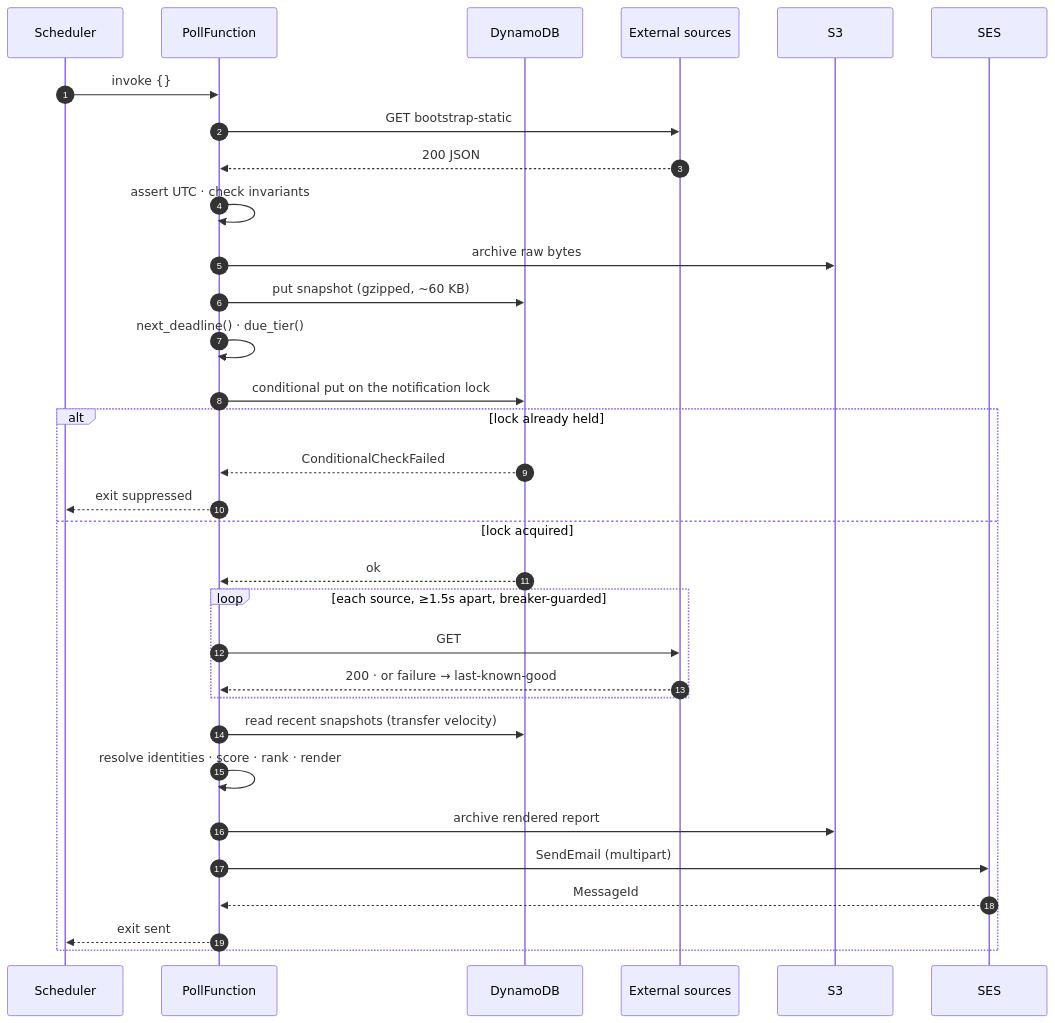
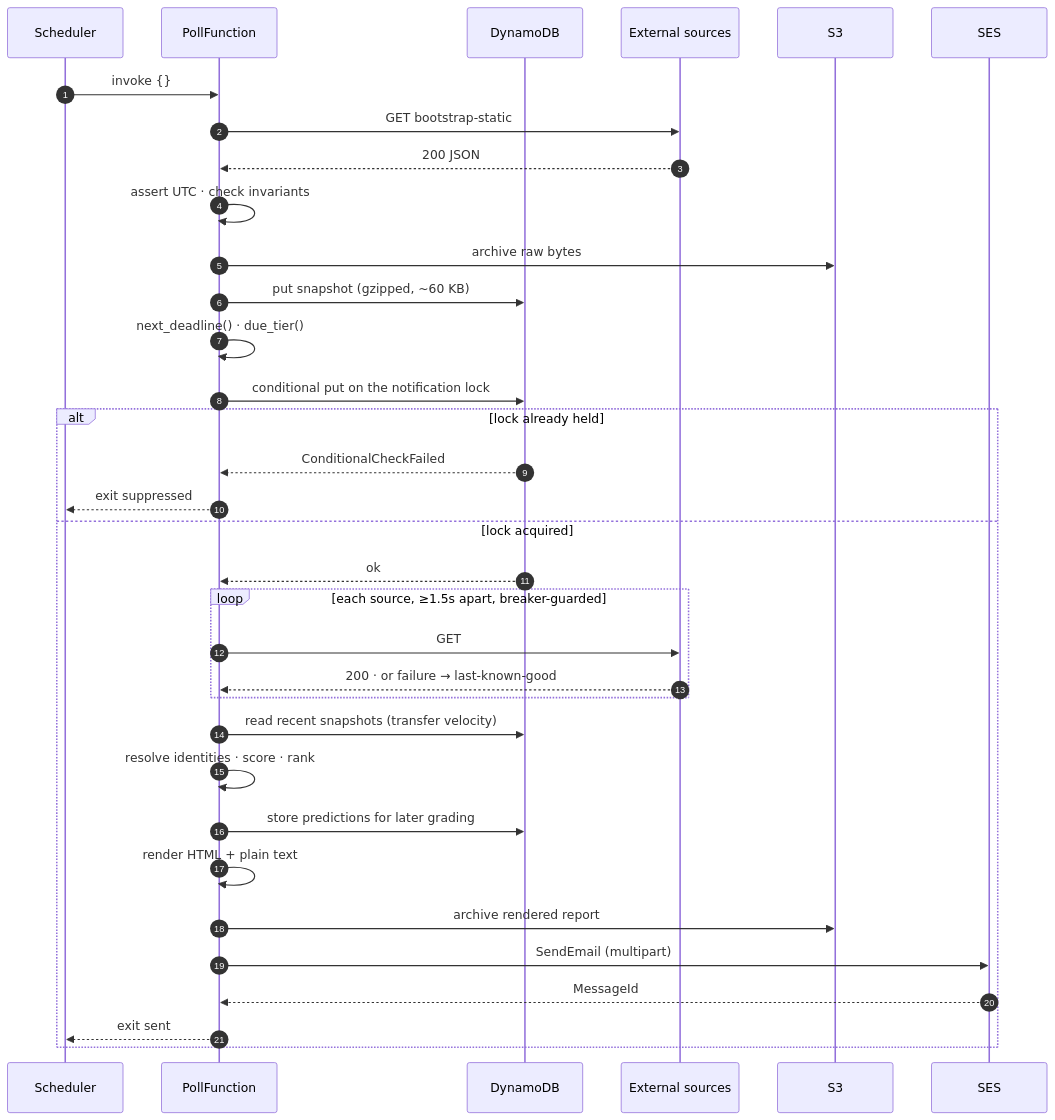
Before and after one commit to MasonGallagher/FplBot: the eighth of 12 diagrams in docs/DIAGRAMS.md, drawn with Mermaid. The commit also changed other lines of this file and 1 other file, not shown here.

First line of the commit message:
docs: fix diagram labels overflowing their shapes, and cover calibration

````diff
--- a/docs/DIAGRAMS.md
+++ b/docs/DIAGRAMS.md
@@ -293,36 +304,38 @@
 ```mermaid
 sequenceDiagram
     autonumber
     participant SCH as Scheduler
     participant L as PollFunction
     participant D as DynamoDB
     participant EXT as External sources
     participant S3 as S3
     participant SES as SES
 
     SCH->>L: invoke {}
     L->>EXT: GET bootstrap-static
     EXT-->>L: 200 JSON
     L->>L: assert UTC · check invariants
     L->>S3: archive raw bytes
     L->>D: put snapshot (gzipped, ~60 KB)
 
     L->>L: next_deadline() · due_tier()
     L->>D: conditional put on the notification lock
     alt lock already held
         D-->>L: ConditionalCheckFailed
         L-->>SCH: exit suppressed
     else lock acquired
         D-->>L: ok
         loop each source, ≥1.5s apart, breaker-guarded
             L->>EXT: GET
             EXT-->>L: 200 · or failure → last-known-good
         end
         L->>D: read recent snapshots (transfer velocity)
-        L->>L: resolve identities · score · rank · render
+        L->>L: resolve identities · score · rank
+        L->>D: store predictions for later grading
+        L->>L: render HTML + plain text
         L->>S3: archive rendered report
         L->>SES: SendEmail (multipart)
         SES-->>L: MessageId
         L-->>SCH: exit sent
     end
 ```
````
